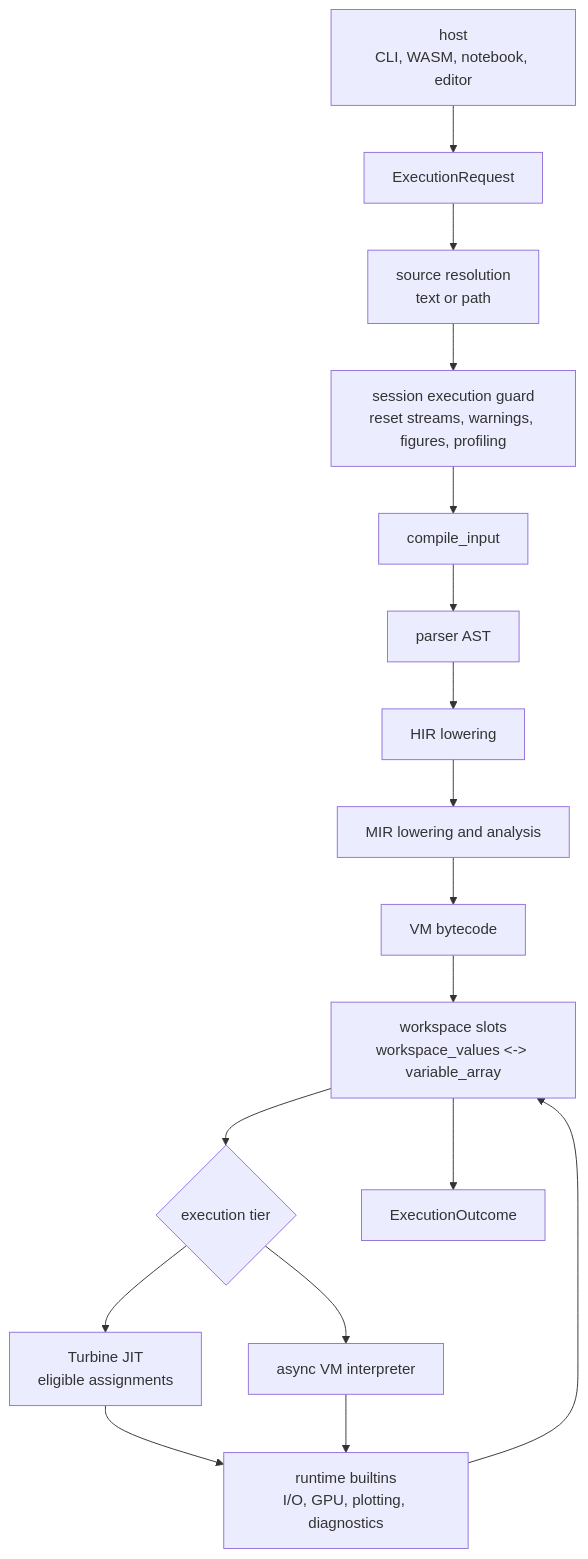
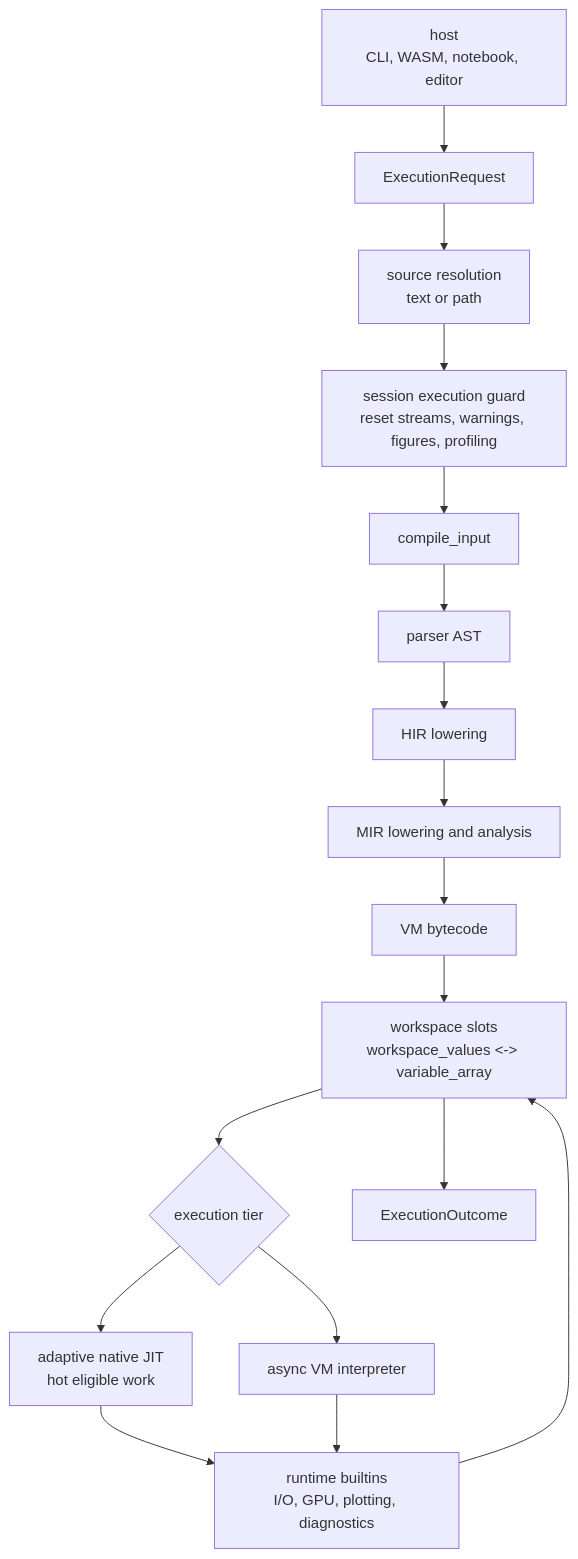
Before and after one commit to runmat-org/runmat: the diagram in docs/execution/index.md, drawn with Mermaid. The commit also changed other lines of this file and 61 other files, not shown here.

````diff
--- a/docs/execution/index.md
+++ b/docs/execution/index.md
@@ -14,26 +14,26 @@
 ```mermaid
 flowchart TD
   Host["host<br/>CLI, WASM, notebook, editor"]
   Request["ExecutionRequest"]
   Source["source resolution<br/>text or path"]
   Guard["session execution guard<br/>reset streams, warnings, figures, profiling"]
   Compile["compile_input"]
   Parser["parser AST"]
   HIR["HIR lowering"]
   MIR["MIR lowering and analysis"]
   Bytecode["VM bytecode"]
   Workspace["workspace slots<br/>workspace_values <-> variable_array"]
   Tier{"execution tier"}
-  JIT["Turbine JIT<br/>eligible assignments"]
+  JIT["adaptive native JIT<br/>hot eligible work"]
   VM["async VM interpreter"]
   Runtime["runtime builtins<br/>I/O, GPU, plotting, diagnostics"]
   Outcome["ExecutionOutcome"]
 
   Host --> Request --> Source --> Guard --> Compile
   Compile --> Parser --> HIR --> MIR --> Bytecode --> Workspace --> Tier
   Tier --> JIT
   Tier --> VM
   JIT --> Runtime
   VM --> Runtime
   Runtime --> Workspace --> Outcome
 ```
````
